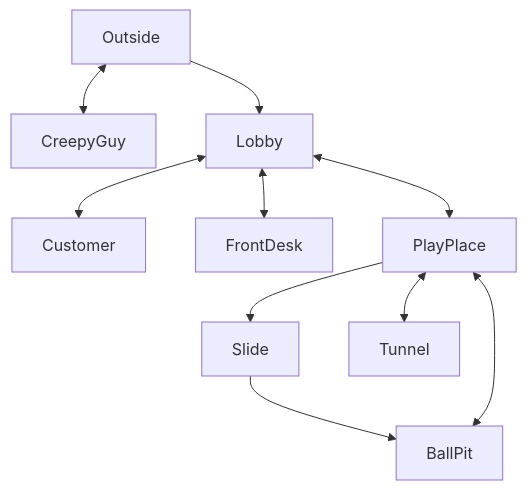
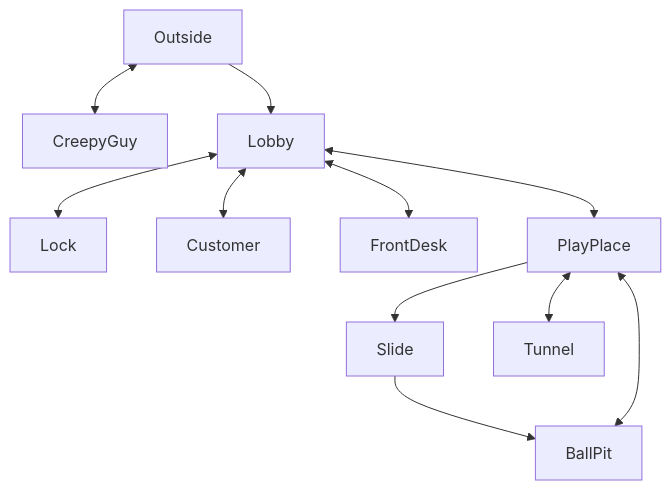
One commit to ghaynes429/ghaynes429.github.io changed the diagram in projects/game/README.md. Above: the diagram before and after it, drawn with Mermaid.

````diff
--- a/projects/game/README.md
+++ b/projects/game/README.md
@@ -12,14 +12,15 @@
 ```mermaid
 graph TD;
     Outside<-->CreepyGuy;
     Outside-->Lobby;
+    Lobby<-->Lock;
     Lobby<-->Customer;
     Lobby<-->FrontDesk;
     Lobby<-->PlayPlace;
     PlayPlace-->Slide;
     Slide-->BallPit;
     PlayPlace<-->Tunnel;
     PlayPlace<-->BallPit;
 
 
 ```
````
